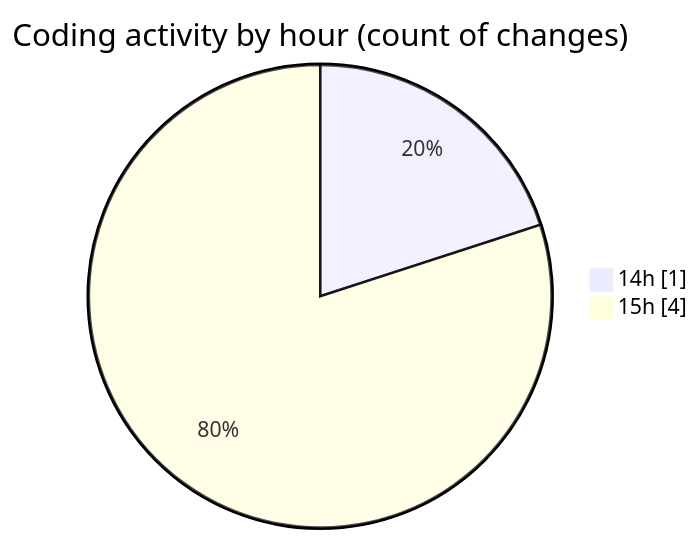
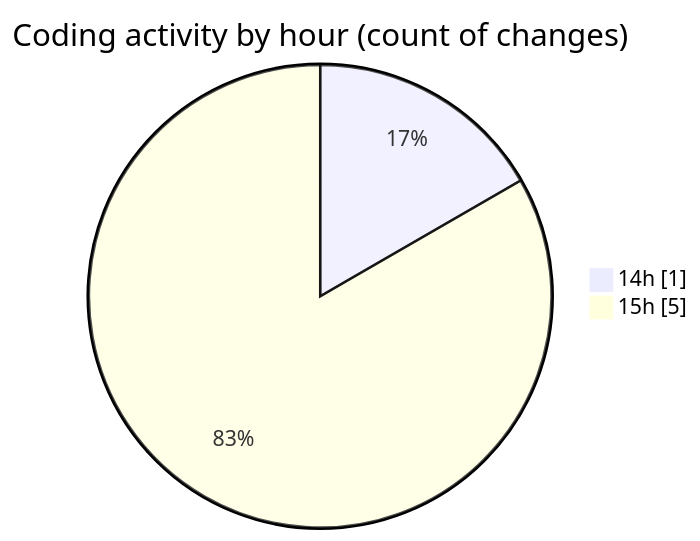
Before and after one commit to NitaiMahat/code-tracking: the second of 2 diagrams in 2025-02-08/optional_codings/README.md, drawn with Mermaid. The commit also changed other lines of this file and 1 other file, not shown here.

````diff
--- a/2025-02-08/optional_codings/README.md
+++ b/2025-02-08/optional_codings/README.md
@@ -29,6 +29,6 @@
 ```mermaid
 pie showData
 title Coding activity by hour (count of changes)
 "14h" : 1
-"15h" : 4
+"15h" : 5
 ```
````
